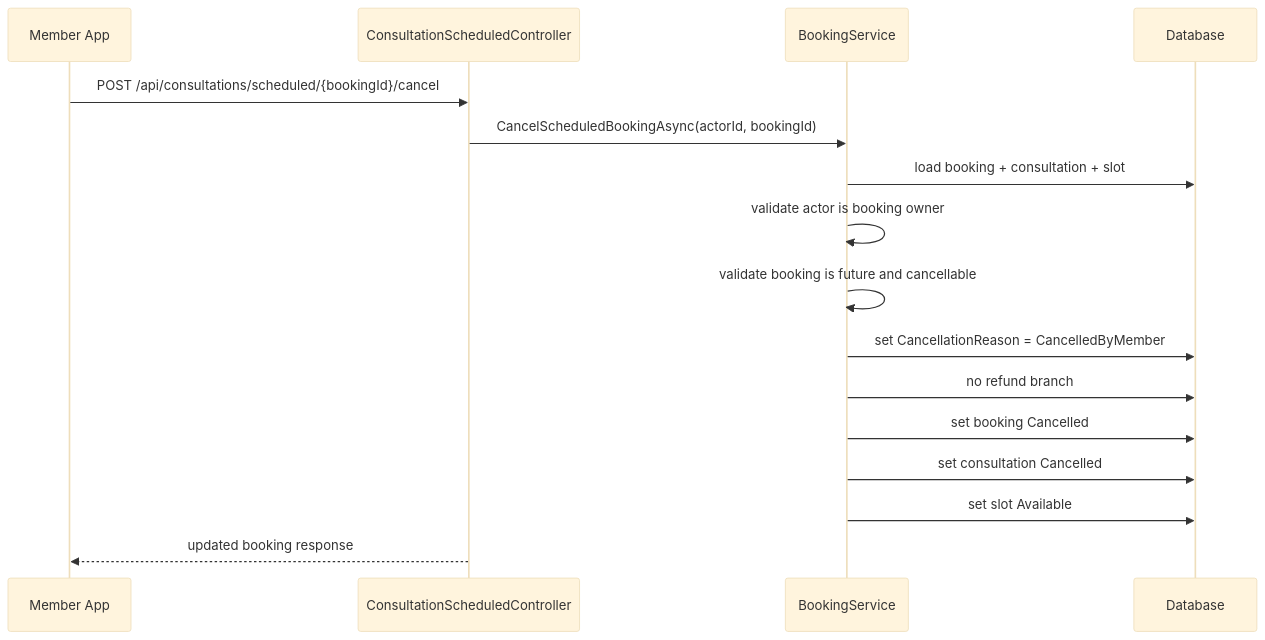
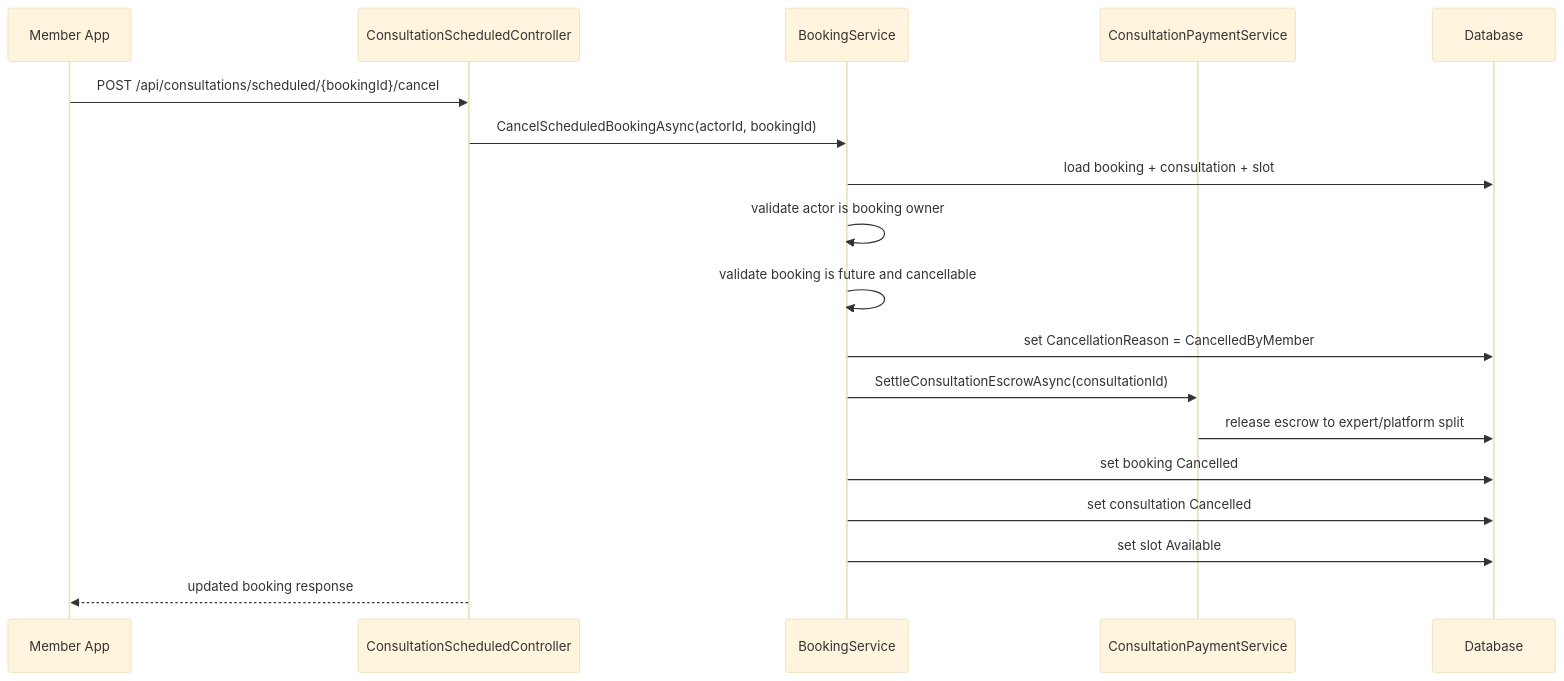
Before and after one commit to Snake-AID/SnakeAid.Docs: the third of 3 diagrams in Docs/05-Backend/02-layers/scheduled-booking-cancel/scheduled-booking-cancel.sourcecode.md, drawn with Mermaid (base theme). The commit also changed other lines of this file and 3 other files, not shown here.

Commit message:
docs(scheduled-booking-cancel): clarify member-cancel behavior to settle escrow and prevent stranded funds

````diff
--- a/Docs/05-Backend/02-layers/scheduled-booking-cancel/scheduled-booking-cancel.sourcecode.md
+++ b/Docs/05-Backend/02-layers/scheduled-booking-cancel/scheduled-booking-cancel.sourcecode.md
@@ -199,19 +201,21 @@
 ```mermaid
 sequenceDiagram
     participant Member as Member App
     participant Api as ConsultationScheduledController
     participant Booking as BookingService
+    participant Payment as ConsultationPaymentService
     participant DB as Database
 
     Member->>Api: POST /api/consultations/scheduled/{bookingId}/cancel
     Api->>Booking: CancelScheduledBookingAsync(actorId, bookingId)
     Booking->>DB: load booking + consultation + slot
     Booking->>Booking: validate actor is booking owner
     Booking->>Booking: validate booking is future and cancellable
     Booking->>DB: set CancellationReason = CancelledByMember
-    Booking->>DB: no refund branch
+    Booking->>Payment: SettleConsultationEscrowAsync(consultationId)
+    Payment->>DB: release escrow to expert/platform split
     Booking->>DB: set booking Cancelled
     Booking->>DB: set consultation Cancelled
     Booking->>DB: set slot Available
     Api-->>Member: updated booking response
 ```
````
